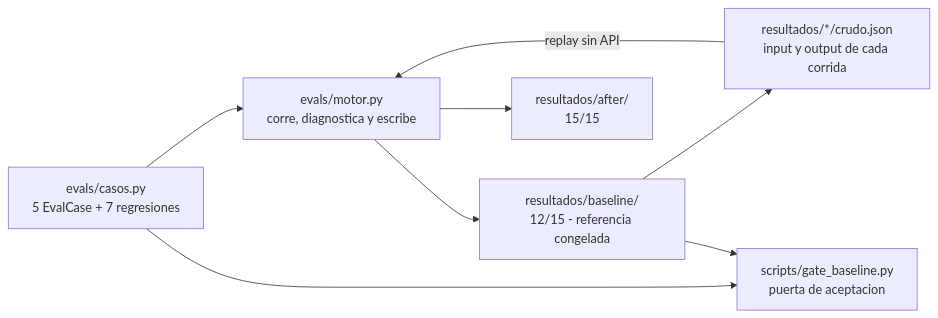
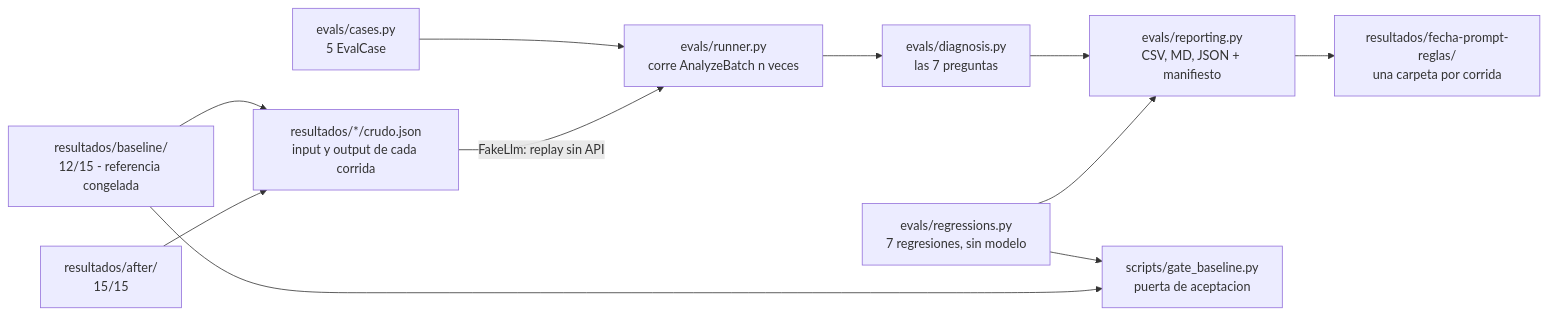
One commit to david181222/QuickDev changed the third of 3 diagrams in docs/arquitectura.md. Above: the diagram before and after it, drawn with Mermaid. The commit also changed other lines of this file and 3 other files, not shown here.

````diff
--- a/docs/arquitectura.md
+++ b/docs/arquitectura.md
@@ -221,17 +235,24 @@
 ```mermaid
 flowchart LR
-    CASOS["evals/casos.py<br/>5 EvalCase + 7 regresiones"]
-    MOTOR["evals/motor.py<br/>corre, diagnostica y escribe"]
+    CASES["evals/cases.py<br/>5 EvalCase"]
+    REGR["evals/regressions.py<br/>7 regresiones, sin modelo"]
+    RUNNER["evals/runner.py<br/>corre AnalyzeBatch n veces"]
+    DIAG["evals/diagnosis.py<br/>las 7 preguntas"]
+    REPORT["evals/reporting.py<br/>CSV, MD, JSON + manifiesto"]
     CRUDO["resultados/*/crudo.json<br/>input y output de cada corrida"]
     BASE["resultados/baseline/<br/>12/15 - referencia congelada"]
     AFTER["resultados/after/<br/>15/15"]
+    NUEVA["resultados/fecha-prompt-reglas/<br/>una carpeta por corrida"]
     GATE["scripts/gate_baseline.py<br/>puerta de aceptacion"]
 
-    CASOS --> MOTOR
-    MOTOR --> BASE
-    MOTOR --> AFTER
+    CASES --> RUNNER
+    RUNNER --> DIAG
+    DIAG --> REPORT
+    REGR --> REPORT
+    REPORT --> NUEVA
     BASE --> CRUDO
-    CRUDO -->|replay sin API| MOTOR
-    CASOS --> GATE
+    AFTER --> CRUDO
+    CRUDO -->|"FakeLlm: replay sin API"| RUNNER
+    REGR --> GATE
     BASE --> GATE
 ```
````
